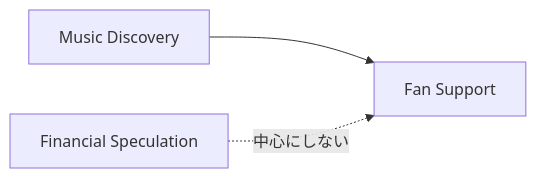
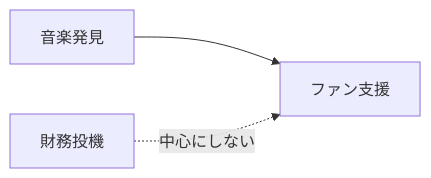
One commit to ShigeichiroYamasaki/creator-first-platform changed diagram 12 of 35 in docs/whitepaper/08-discovery-community.md. Above: the diagram before and after it, drawn with Mermaid. The commit also changed other lines of this file and 72 other files, not shown here.

````diff
--- a/docs/whitepaper/08-discovery-community.md
+++ b/docs/whitepaper/08-discovery-community.md
@@ -448,9 +448,9 @@
 ```mermaid
 flowchart LR
-    MUSIC[Music Discovery]
-    SUPPORT[Fan Support]
-    SPEC[Financial Speculation]
+    MUSIC[音楽発見]
+    SUPPORT[ファン支援]
+    SPEC[財務投機]
 
     MUSIC --> SUPPORT
     SPEC -.->|中心にしない| SUPPORT
 ```
````
